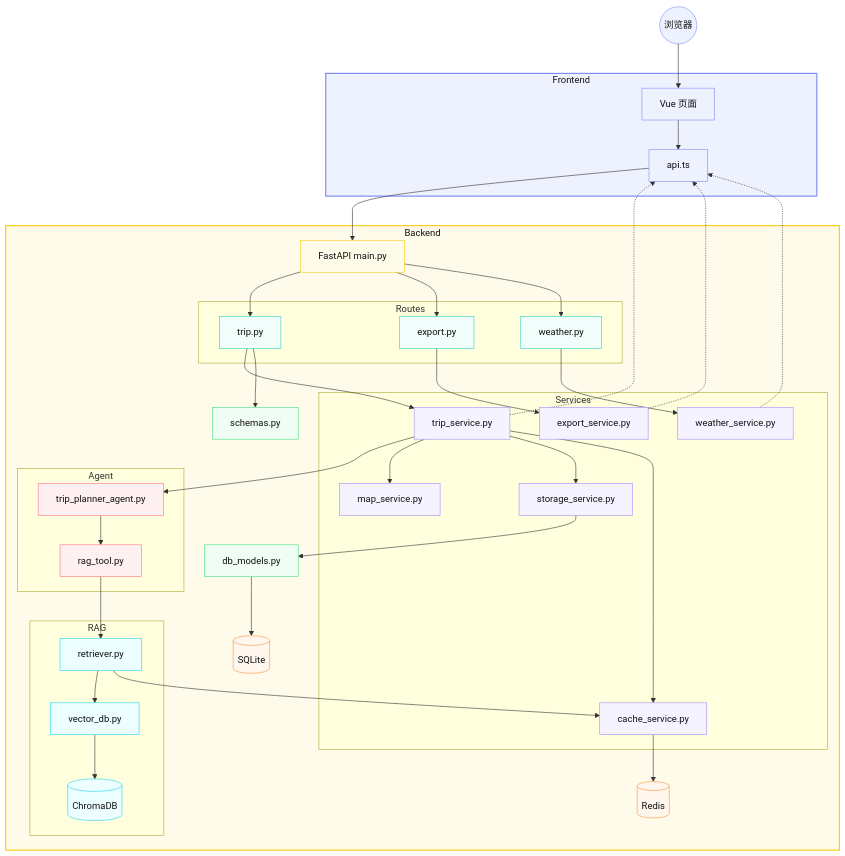
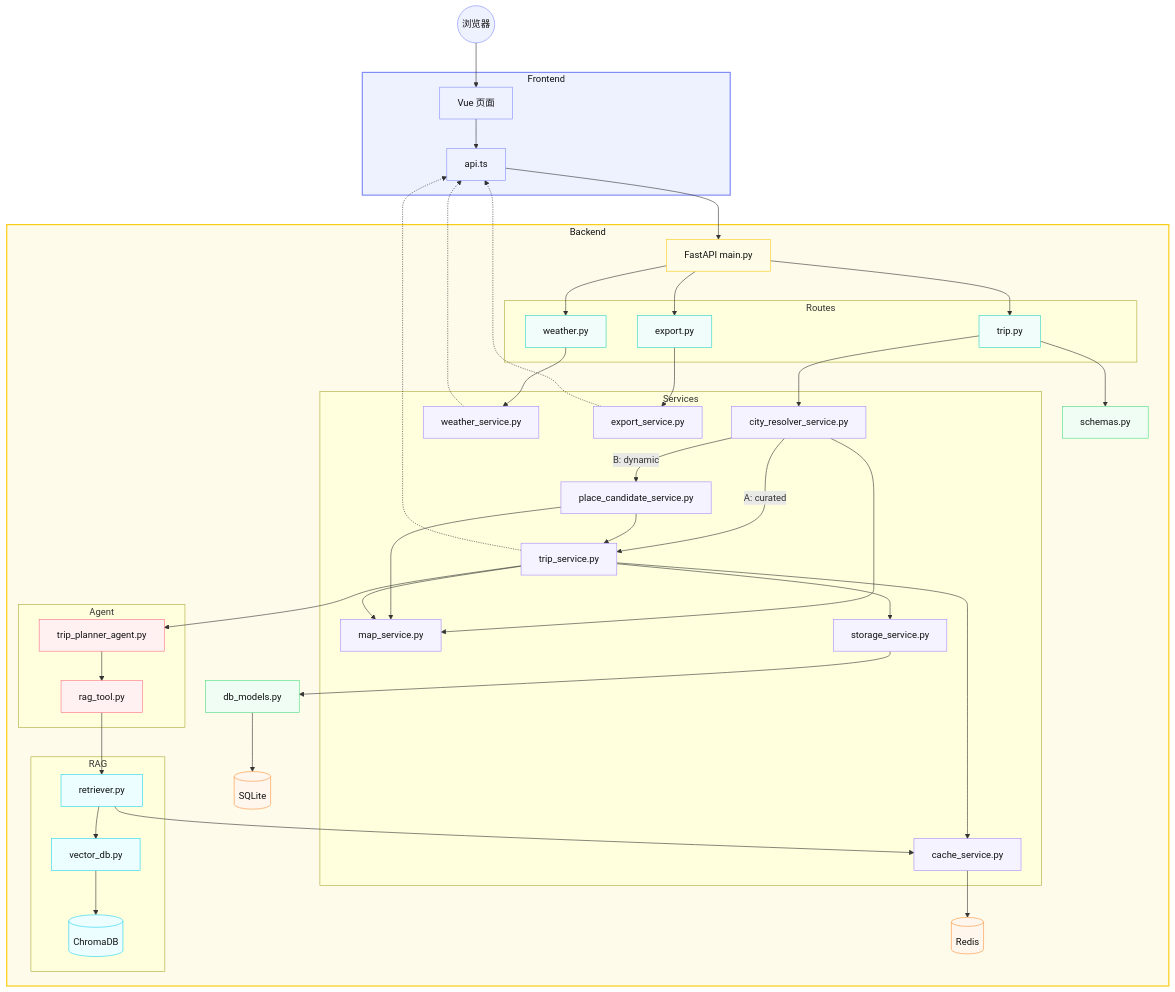
Before and after one commit to ZCL0718/zhilv-yuntu: the first of 3 diagrams in README.md, drawn with Mermaid. The commit also changed other lines of this file and 20 other files, not shown here.

```diff
--- a/README.md
+++ b/README.md
@@ -121,6 +131,8 @@
         end
 
         subgraph Services["Services"]
+            CityResolver["city_resolver_service.py"]
+            CandidateSvc["place_candidate_service.py"]
             TripSvc["trip_service.py"]
             MapSvc["map_service.py"]
             WeatherSvc["weather_service.py"]
@@ -154,7 +166,12 @@
     Main --> Export
     Main --> Weather
 
-    Trip --> TripSvc
+    Trip --> CityResolver
+    CityResolver -->|A: curated| TripSvc
+    CityResolver -->|B: dynamic| CandidateSvc
+    CityResolver --> MapSvc
+    CandidateSvc --> MapSvc
+    CandidateSvc --> TripSvc
     Trip --> Schemas
     Weather --> WeatherSvc
     Export --> ExportSvc
@@ -197,7 +214,7 @@
     class Client,Vue,Api frontend;
     class Main backend;
     class Trip,Export,Weather routes;
-    class TripSvc,MapSvc,WeatherSvc,ExportSvc,StorageSvc,CacheSvc services;
+    class CityResolver,CandidateSvc,TripSvc,MapSvc,WeatherSvc,ExportSvc,StorageSvc,CacheSvc services;
     class Planner,RagTool agent;
     class Retriever,VectorDB,ChromaDB rag;
     class Schemas,DBModels data;
```
